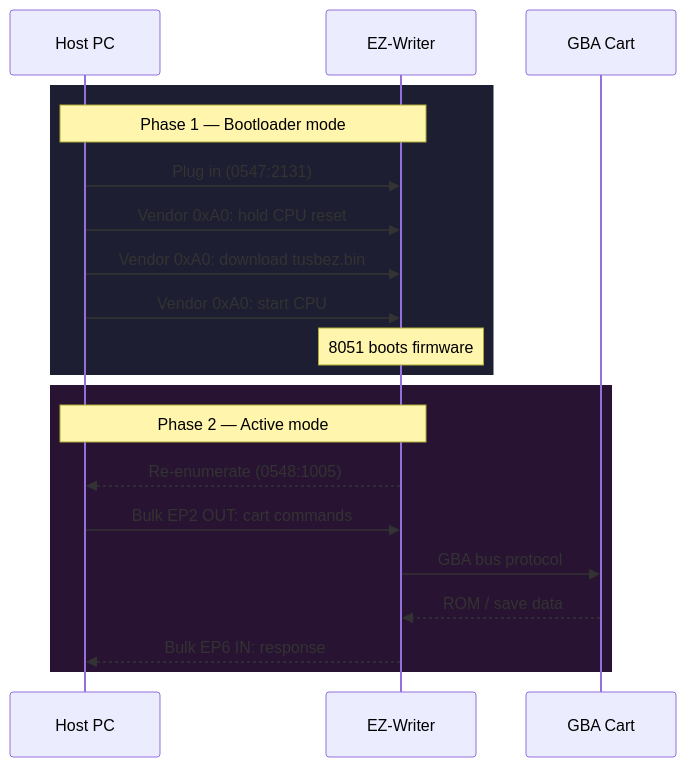
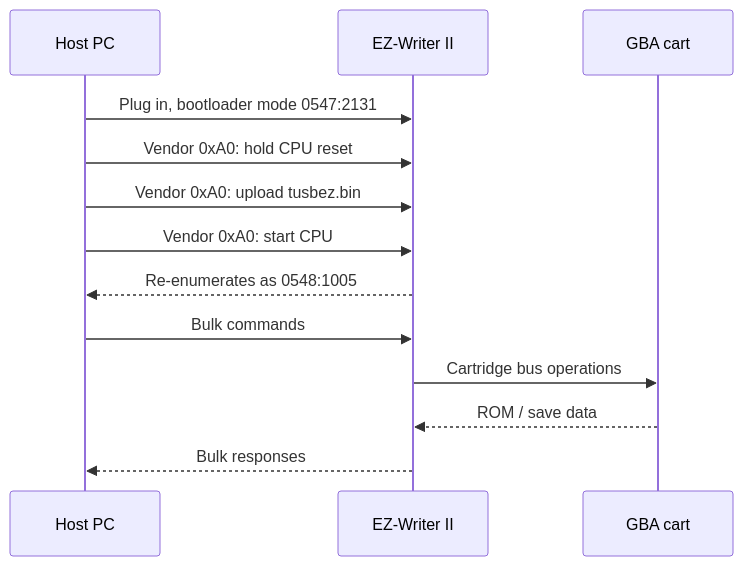
One commit to YoshKoz/ez-flash-ii-usb-flasher changed the second of 2 diagrams in README.md. Above: the diagram before and after it, drawn with Mermaid. The commit also changed other lines of this file and 9 other files, not shown here.

````diff
--- a/README.md
+++ b/README.md
@@ -93,24 +147,16 @@
 ```mermaid
 sequenceDiagram
     participant H as Host PC
-    participant D as EZ-Writer
-    participant C as GBA Cart
+    participant D as EZ-Writer II
+    participant C as GBA cart
 
-    rect rgb(30, 30, 50)
-    Note over H,D: Phase 1 — Bootloader mode
-    H->>D: Plug in (0547:2131)
+    H->>D: Plug in, bootloader mode 0547:2131
     H->>D: Vendor 0xA0: hold CPU reset
-    H->>D: Vendor 0xA0: download tusbez.bin
+    H->>D: Vendor 0xA0: upload tusbez.bin
     H->>D: Vendor 0xA0: start CPU
-    Note over D: 8051 boots firmware
-    end
-
-    rect rgb(40, 20, 50)
-    Note over H,D: Phase 2 — Active mode
-    D-->>H: Re-enumerate (0548:1005)
-    H->>D: Bulk EP2 OUT: cart commands
-    D->>C: GBA bus protocol
+    D-->>H: Re-enumerates as 0548:1005
+    H->>D: Bulk commands
+    D->>C: Cartridge bus operations
     C-->>D: ROM / save data
-    D-->>H: Bulk EP6 IN: response
-    end
+    D-->>H: Bulk responses
 ```
````
